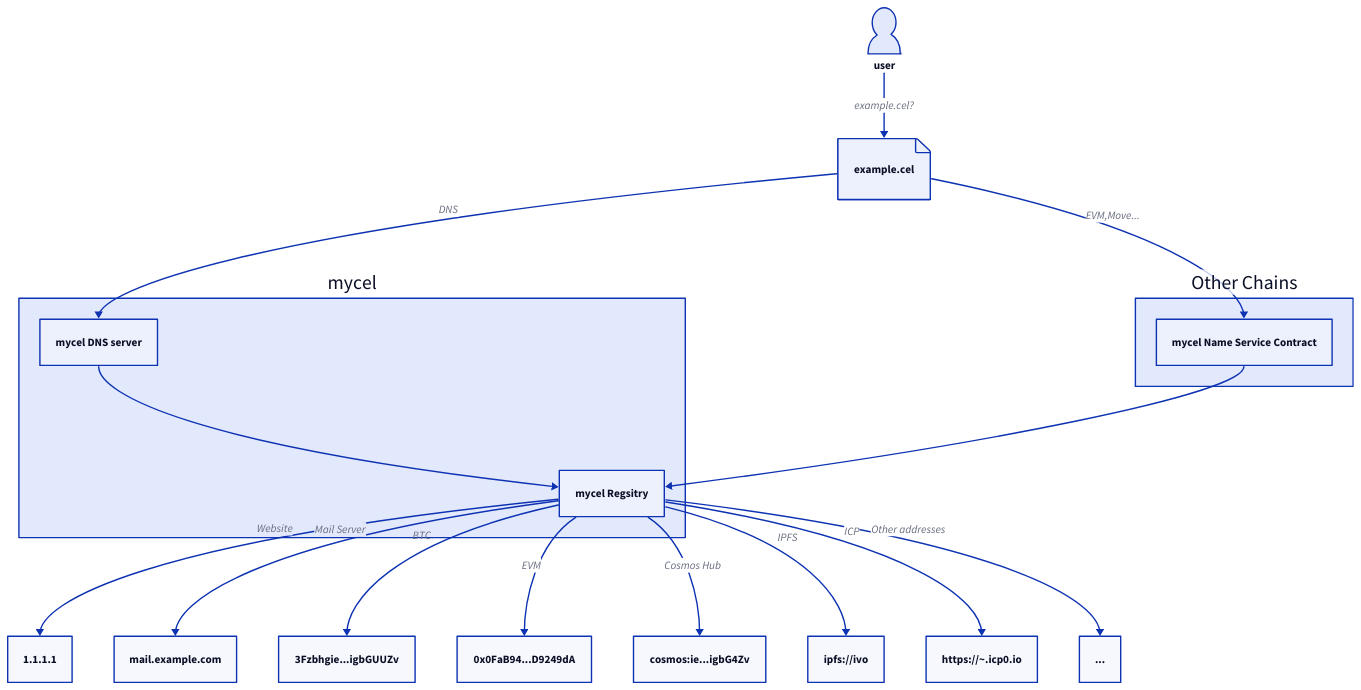
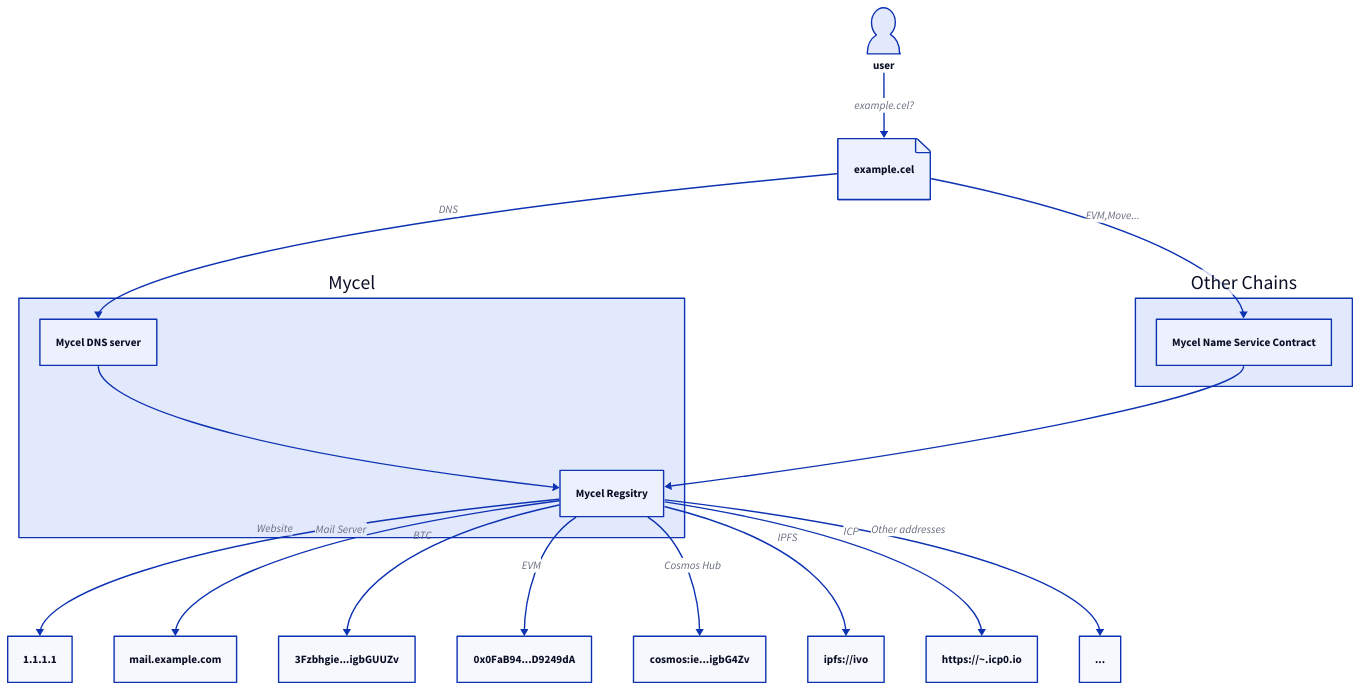
One commit to mycel-labs/mycel-docs changed the diagram in docs/assets/overview.d2. Above: the diagram before and after it, drawn with D2. The commit also changed 14 other files, not shown here.

```diff
--- a/docs/assets/overview.d2
+++ b/docs/assets/overview.d2
@@ -1,26 +1,26 @@
-mycel: mycel {
-  DNS: mycel DNS server
-  Registry: mycel Regsitry
+Mycel: Mycel {
+  DNS: Mycel DNS server
+  Registry: Mycel Regsitry
 
   DNS -> Registry
 }
 
 otherChain: Other Chains {
-  NSC: mycel Name Service Contract
+  NSC: Mycel Name Service Contract
 }
-otherChain.NSC -> mycel.Registry
+otherChain.NSC -> Mycel.Registry
 
 "user".shape: person
 "example.cel".shape: page
 
 user -> "example.cel": example.cel?
-"example.cel" -> mycel.DNS: DNS
+"example.cel" -> Mycel.DNS: DNS
 "example.cel" -> otherChain.NSC: EVM,Move...
-mycel.Registry-> "1.1.1.1" : Website
-mycel.Registry-> "mail.example.com" : Mail Server
-mycel.Registry-> "3Fzbhgie...igbGUUZv": BTC
-mycel.Registry-> "0x0FaB94...D9249dA": EVM
-mycel.Registry-> "cosmos:ie...igbG4Zv": Cosmos Hub
-mycel.Registry-> "ipfs://ivo": IPFS
-mycel.Registry-> "https://~.icp0.io": ICP
-mycel.Registry->"...": Other addresses
+Mycel.Registry-> "1.1.1.1" : Website
+Mycel.Registry-> "mail.example.com" : Mail Server
+Mycel.Registry-> "3Fzbhgie...igbGUUZv": BTC
+Mycel.Registry-> "0x0FaB94...D9249dA": EVM
+Mycel.Registry-> "cosmos:ie...igbG4Zv": Cosmos Hub
+Mycel.Registry-> "ipfs://ivo": IPFS
+Mycel.Registry-> "https://~.icp0.io": ICP
+Mycel.Registry->"...": Other addresses
```
